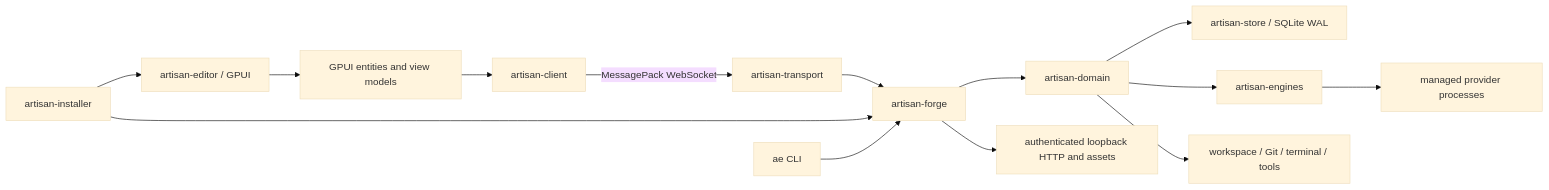
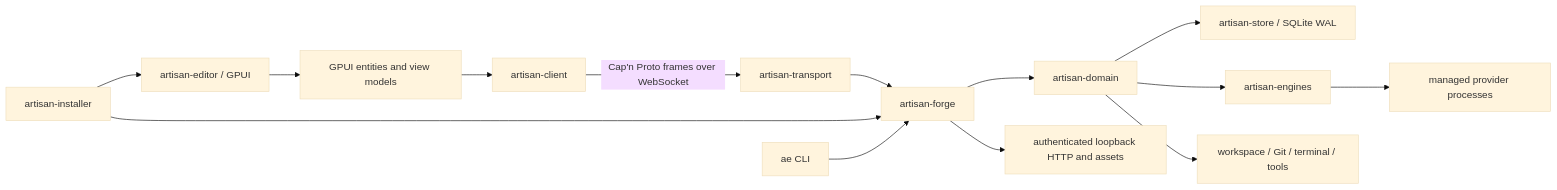
One commit to artisanstreet/editor changed the diagram in docs/plans/gpui-rust-native-port.md. Above: the diagram before and after it, drawn with Mermaid (base theme). The commit also changed other lines of this file, not shown here.

Commit message:
docs: adopt cap'n proto framing decision

````diff
--- a/docs/plans/gpui-rust-native-port.md
+++ b/docs/plans/gpui-rust-native-port.md
@@ -135,16 +135,16 @@
 ```mermaid
 flowchart LR
     UI[artisan-editor / GPUI] --> VM[GPUI entities and view models]
     VM --> CLIENT[artisan-client]
-    CLIENT -->|MessagePack WebSocket| TRANSPORT[artisan-transport]
+    CLIENT -->|"Cap'n Proto frames over WebSocket"| TRANSPORT[artisan-transport]
     TRANSPORT --> FORGE[artisan-forge]
     FORGE --> DOMAIN[artisan-domain]
     DOMAIN --> STORE[artisan-store / SQLite WAL]
     DOMAIN --> ENGINES[artisan-engines]
     DOMAIN --> WORKSPACE[workspace / Git / terminal / tools]
     ENGINES --> CHILDREN[managed provider processes]
     FORGE --> HTTP[authenticated loopback HTTP and assets]
     INSTALLER[artisan-installer] --> UI
     INSTALLER --> FORGE
     CLI[ae CLI] --> FORGE
 ```
````
